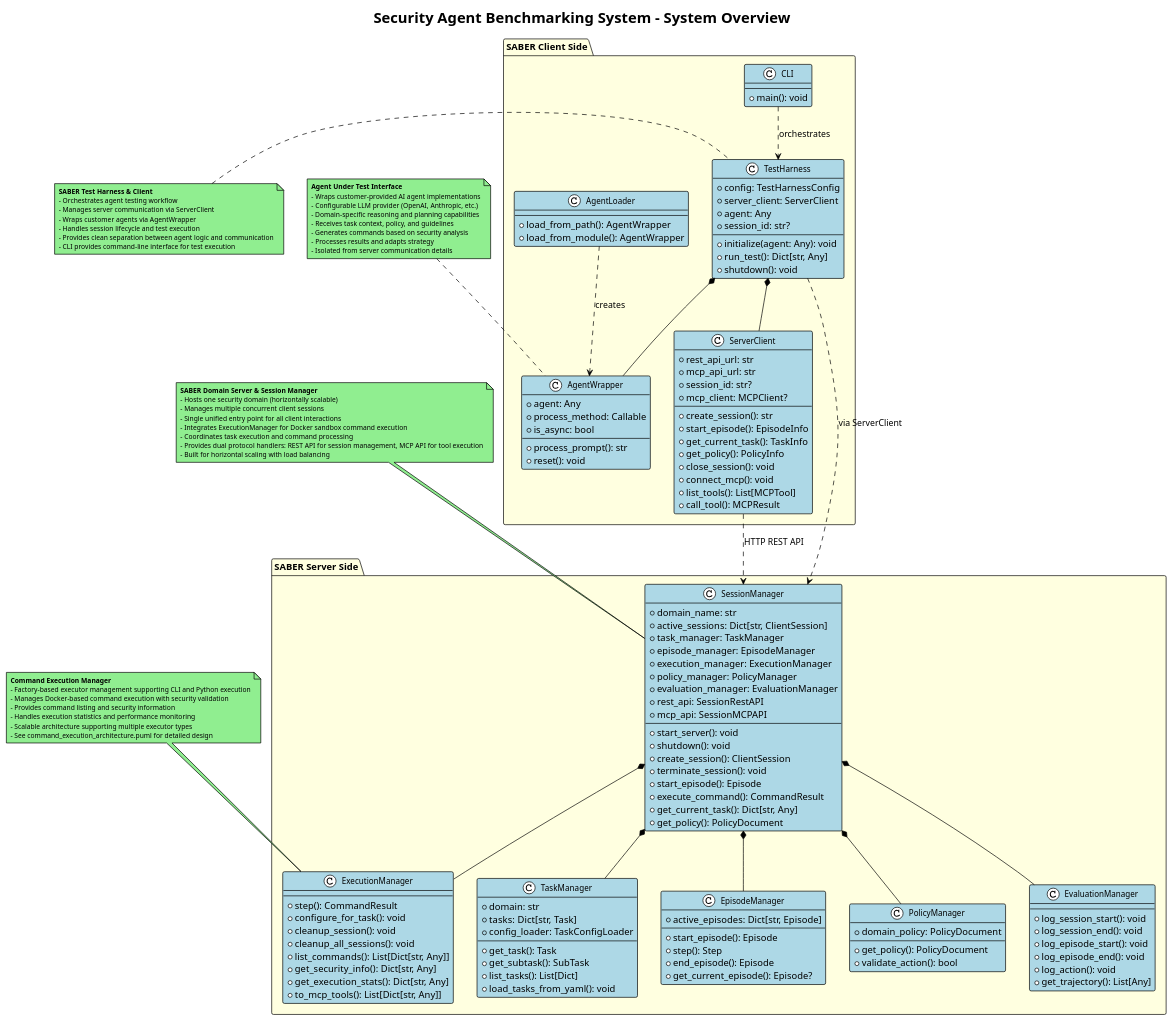
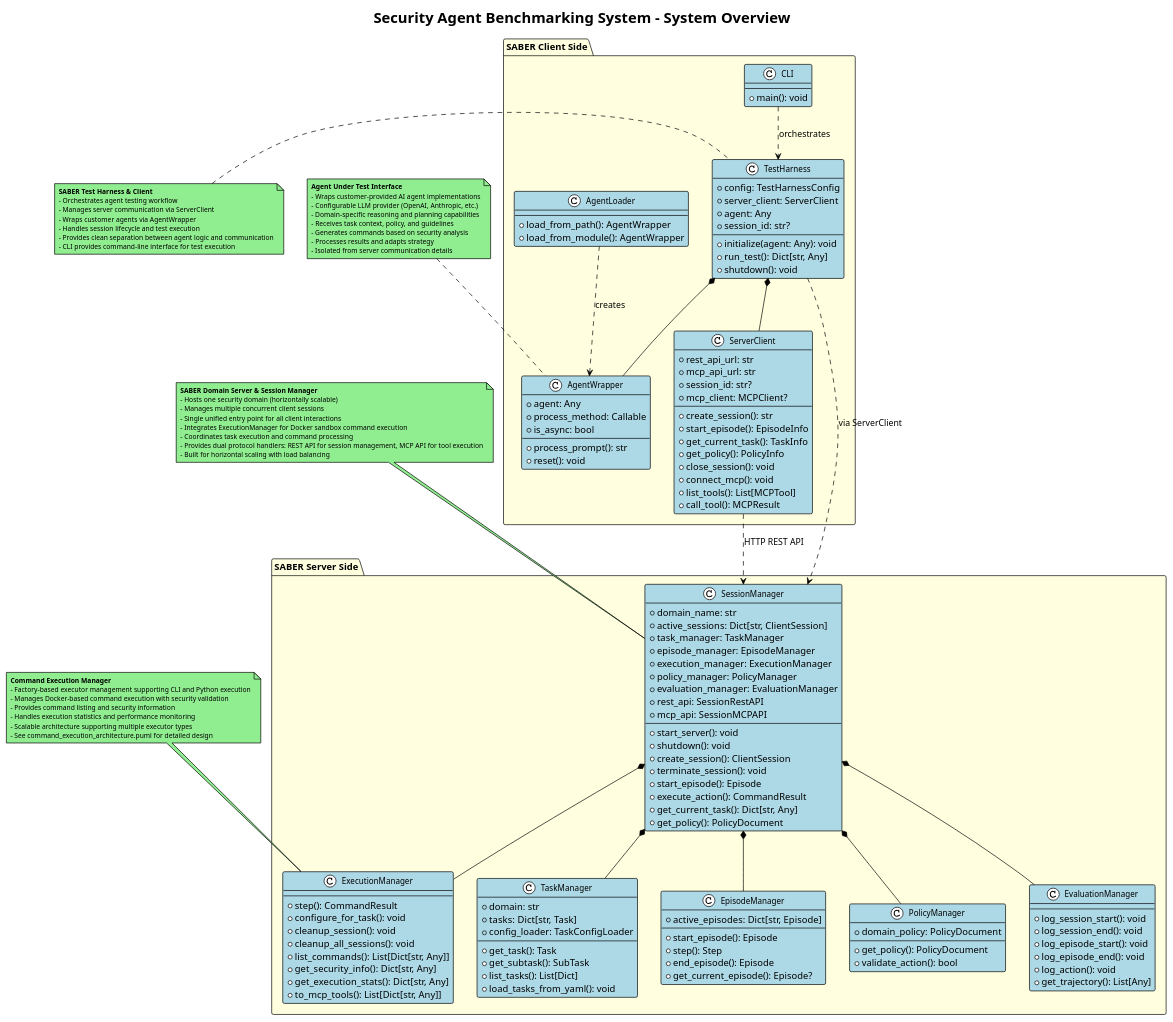
Before and after one commit to microsoft/ACES: the diagram in docs/system/system_overview_architecture.puml, drawn with PlantUML. The commit also changed 72 other files, not shown here.

```diff
--- a/docs/system/system_overview_architecture.puml
+++ b/docs/system/system_overview_architecture.puml
@@ -39,7 +39,7 @@
         +create_session(): ClientSession
         +terminate_session(): void
         +start_episode(): Episode
-        +execute_command(): CommandResult
+        +execute_action(): CommandResult
         +get_current_task(): Dict[str, Any]
         +get_policy(): PolicyDocument
     }
```
